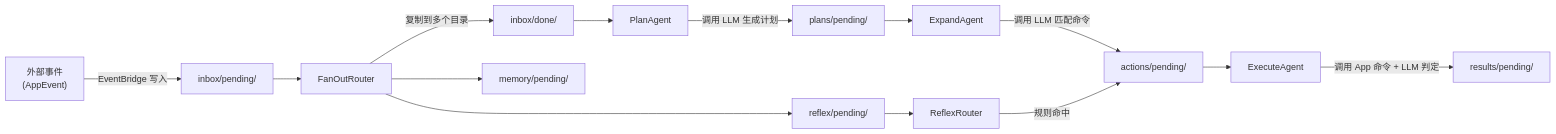
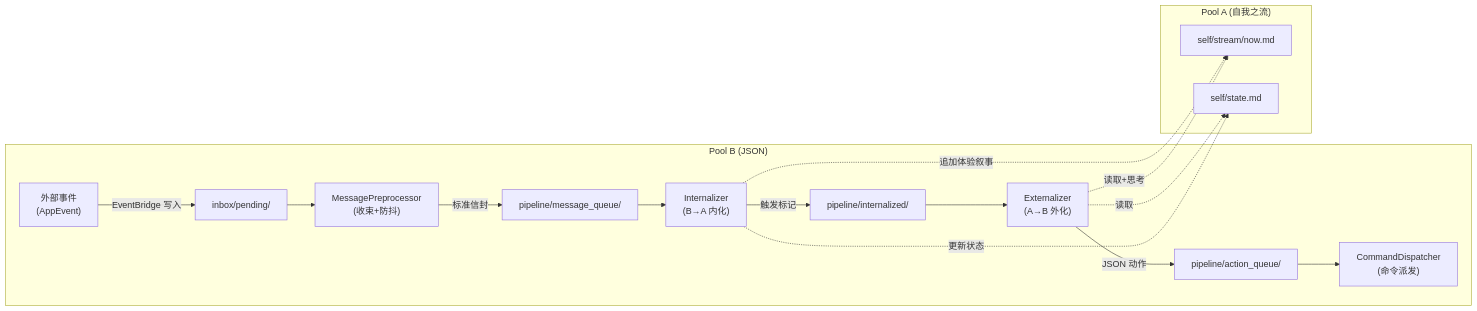
One commit to AuroraBot-Dev/docs changed the diagram in architecture/brain-architecture.md. Above: the diagram before and after it, drawn with Mermaid. The commit also changed other lines of this file and 15 other files, not shown here.

````diff
--- a/architecture/brain-architecture.md
+++ b/architecture/brain-architecture.md
@@ -64,20 +133,23 @@
 ```mermaid
 flowchart LR
-    A["外部事件\n(AppEvent)"] -->|"EventBridge 写入"| B["inbox/pending/"]
-    B --> C["FanOutRouter"]
+    subgraph PoolB["Pool B (JSON)"]
+        A["外部事件\n(AppEvent)"] -->|"EventBridge 写入"| B["inbox/pending/"]
+        B --> C["MessagePreprocessor\n(收束+防抖)"]
+        C -->|"标准信封"| D["pipeline/message_queue/"]
+        D --> E["Internalizer\n(B→A 内化)"]
+        E -->|"触发标记"| F["pipeline/internalized/"]
+        F --> G["Externalizer\n(A→B 外化)"]
+        G -->|"JSON 动作"| H["pipeline/action_queue/"]
+        H --> I["CommandDispatcher\n(命令派发)"]
+    end
 
-    C -->|"复制到多个目录"| D["inbox/done/"]
-    C --> E["reflex/pending/"]
-    C --> F["memory/pending/"]
+    subgraph PoolA["Pool A (自我之流)"]
+        J["self/stream/now.md"]
+        K["self/state.md"]
+    end
 
-    D --> G["PlanAgent"]
-    G -->|"调用 LLM 生成计划"| H["plans/pending/"]
-    H --> I["ExpandAgent"]
-    I -->|"调用 LLM 匹配命令"| J["actions/pending/"]
-
-    E --> K["ReflexRouter"]
-    K -->|"规则命中"| J
-
-    J --> L["ExecuteAgent"]
-    L -->|"调用 App 命令 + LLM 判定"| M["results/pending/"]
+    E -.->|"追加体验叙事"| J
+    G -.->|"读取+思考"| J
+    G -.->|"读取"| K
+    E -.->|"更新状态"| K
 ```
````
